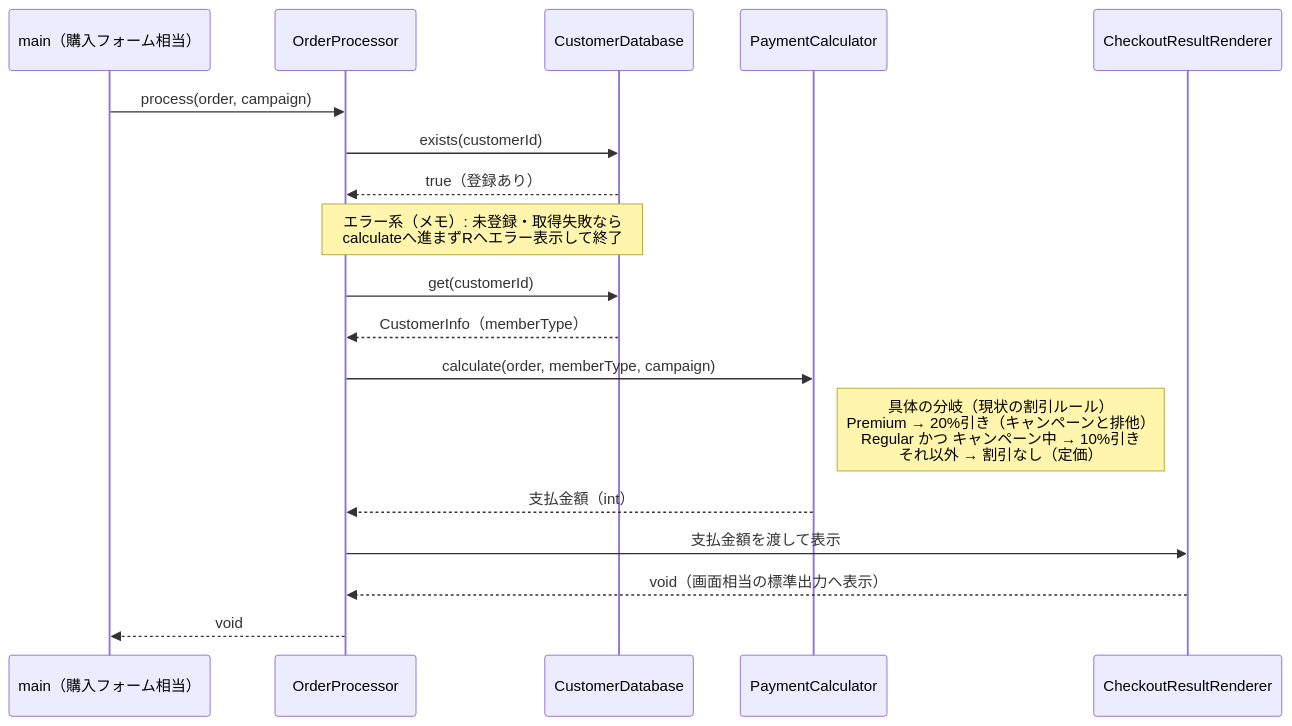
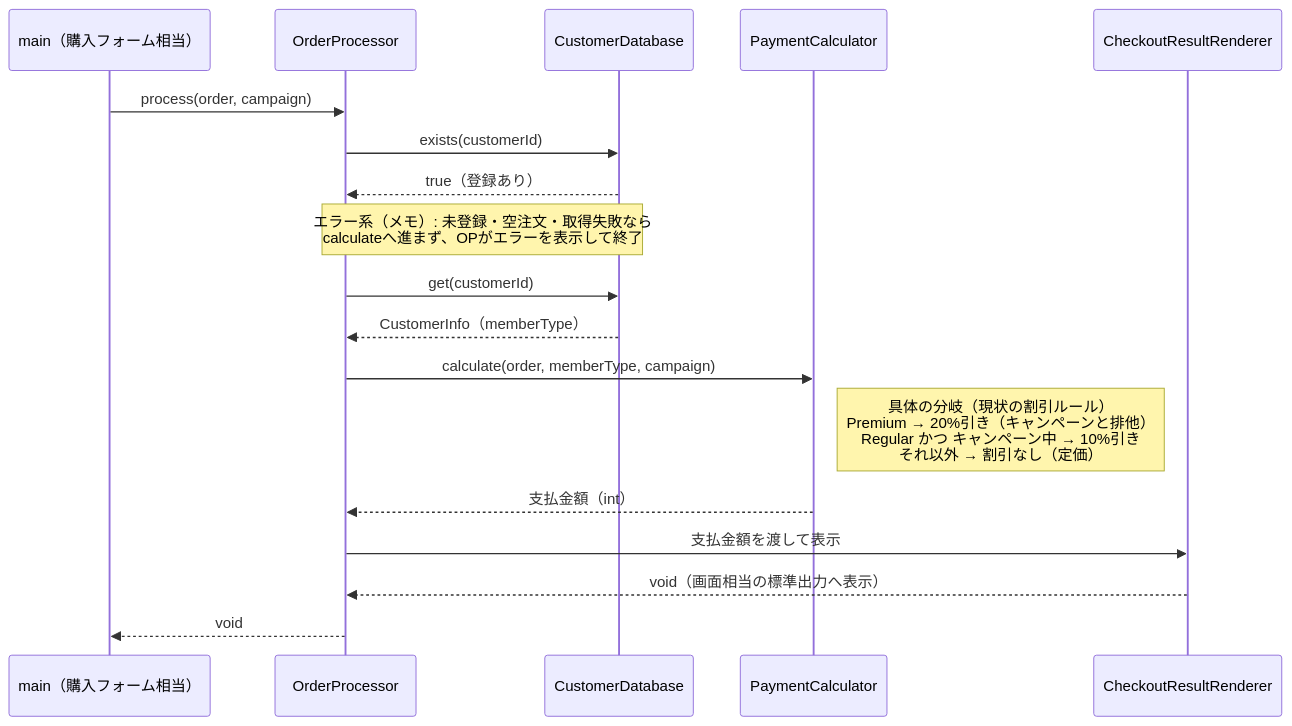
The fourth of 18 diagrams in kindle/design-patterns/books/volume01-core-patterns/output/03-chapter01.md (kumachan1101-pixel/DesignPattern), drawn with Mermaid before and after one commit. The commit also changed other lines of this file and 17 other files, not shown here.

````diff
--- a/kindle/design-patterns/books/volume01-core-patterns/output/03-chapter01.md
+++ b/kindle/design-patterns/books/volume01-core-patterns/output/03-chapter01.md
@@ -352,20 +332,20 @@
 ```mermaid
 sequenceDiagram
     participant Main as main（購入フォーム相当）
     participant OP as OrderProcessor
     participant DB as CustomerDatabase
     participant PC as PaymentCalculator
     participant R as CheckoutResultRenderer
     Main->>OP: process(order, campaign)
     OP->>DB: exists(customerId)
     DB-->>OP: true（登録あり）
-    Note over OP,DB: エラー系（メモ）: 未登録・取得失敗なら<br>calculateへ進まずRへエラー表示して終了
+    Note over OP,DB: エラー系（メモ）: 未登録・空注文・取得失敗なら<br>calculateへ進まず、OPがエラーを表示して終了
     OP->>DB: get(customerId)
     DB-->>OP: CustomerInfo（memberType）
     OP->>PC: calculate(order, memberType, campaign)
     Note right of PC: 具体の分岐（現状の割引ルール）<br>Premium → 20%引き（キャンペーンと排他）<br>Regular かつ キャンペーン中 → 10%引き<br>それ以外 → 割引なし（定価）
     PC-->>OP: 支払金額（int）
     OP->>R: 支払金額を渡して表示
     R-->>OP: void（画面相当の標準出力へ表示）
     OP-->>Main: void
 ```
````
